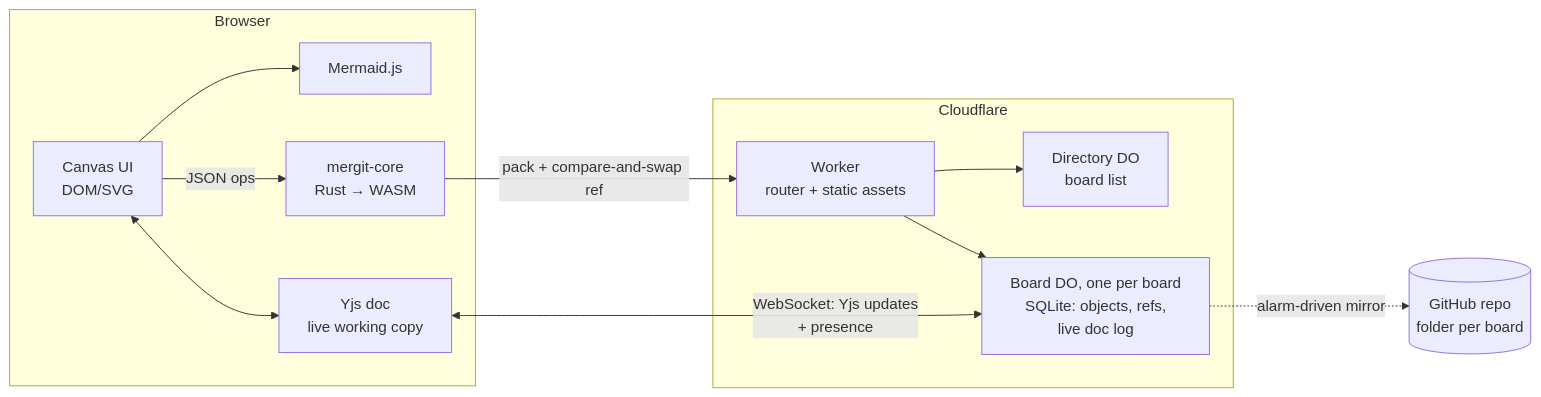
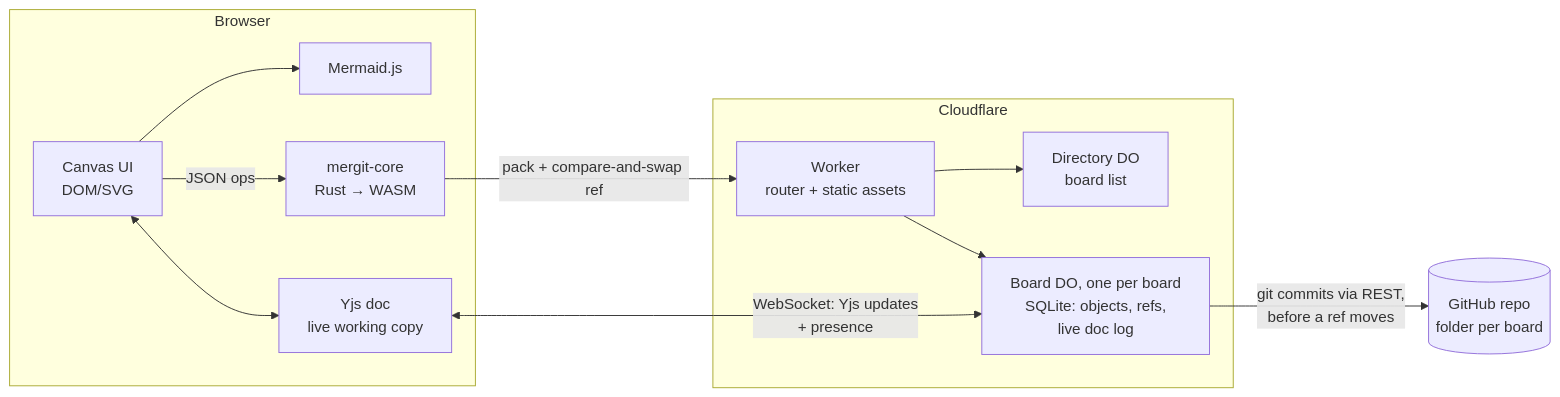
The diagram in PLAN.md (samcolson4/mergit), drawn with Mermaid before and after one commit. The commit also changed other lines of this file and 1 other file, not shown here.

Commit message:
docs: document GitHub storage, setup and remaining work

````diff
--- a/PLAN.md
+++ b/PLAN.md
@@ -44,15 +44,15 @@
 ```mermaid
 flowchart LR
   subgraph Browser
     UI[Canvas UI<br/>DOM/SVG] --> MM[Mermaid.js]
     UI -->|JSON ops| Core[mergit-core<br/>Rust → WASM]
     UI <--> YD[Yjs doc<br/>live working copy]
   end
   subgraph Cloudflare
     W[Worker<br/>router + static assets] --> Dir[Directory DO<br/>board list]
     W --> B[Board DO, one per board<br/>SQLite: objects, refs,<br/>live doc log]
   end
   Core -->|pack + compare-and-swap ref| W
   YD <-->|WebSocket: Yjs updates<br/>+ presence| B
-  B -.->|alarm-driven mirror| GH[(GitHub repo<br/>folder per board)]
+  B -->|git commits via REST,<br/>before a ref moves| GH[(GitHub repo<br/>folder per board)]
 ```
````
